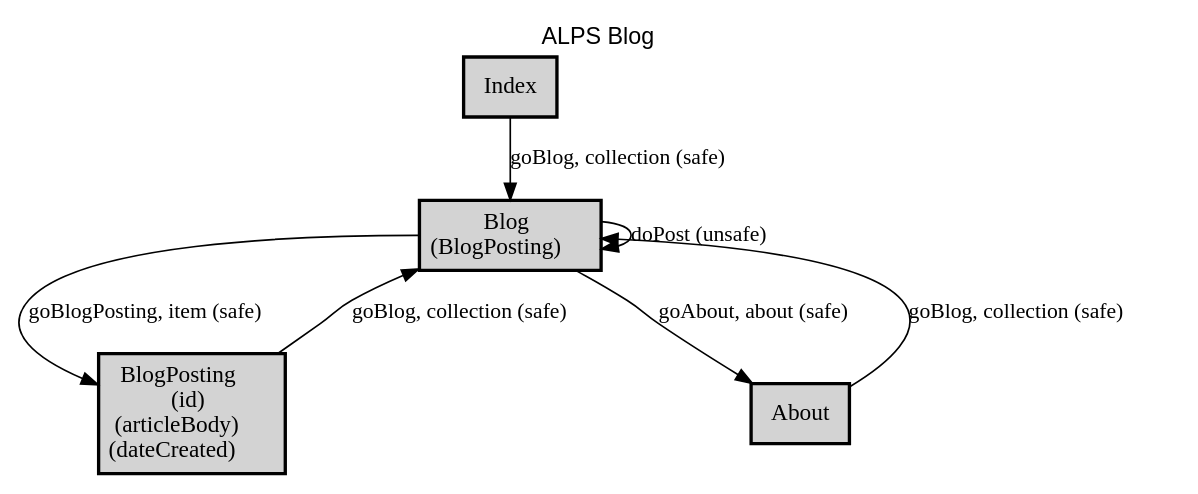
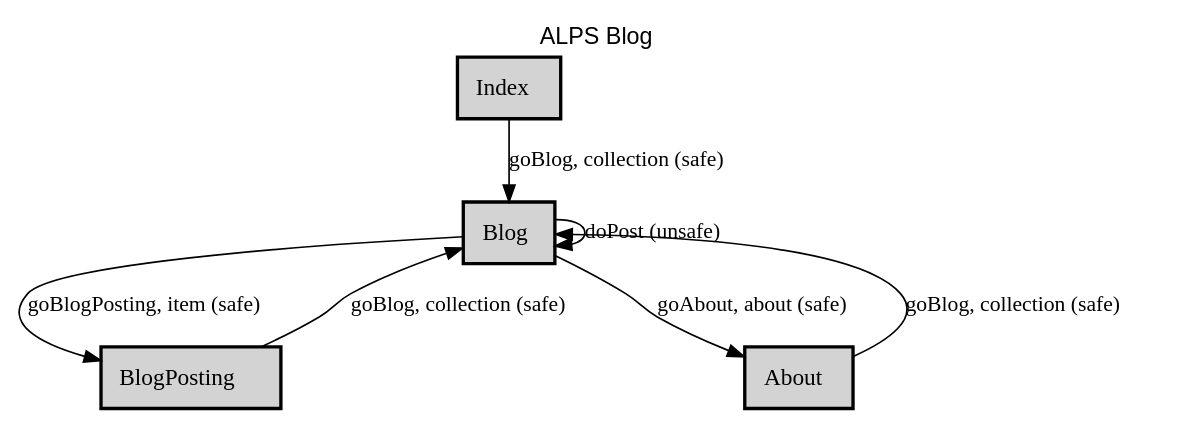
The diagram in work/profile.dot (alps-asd/app-state-diagram), drawn with Graphviz before and after one commit. The commit also changed 15 other files, not shown here.

```diff
--- a/work/profile.dot
+++ b/work/profile.dot
@@ -1,23 +1,23 @@
 digraph application_state_diagram {
   graph [
     labelloc="t";
     fontname="Helvetica"
     label="ALPS Blog";
     URL="index.html" target="_parent"
   ];
   node [shape = box, style = "bold,filled" fillcolor="lightgray"];
 
-    Blog [margin=0.02, label=<<table cellspacing="0" cellpadding="5" border="0"><tr><td>Blog<br />(BlogPosting)<br /></td></tr></table>>,shape=box URL="docs/semantic.Blog.html" target="_parent"]
-    BlogPosting [margin=0.02, label=<<table cellspacing="0" cellpadding="5" border="0"><tr><td>BlogPosting<br />(id)<br />(articleBody)<br />(dateCreated)<br /></td></tr></table>>,shape=box URL="docs/semantic.BlogPosting.html" target="_parent"]
+    Blog [margin=0.02, label=<<table cellspacing="0" cellpadding="10" border="0"><tr><td>Blog</td></tr></table>>,shape=box URL="docs/semantic.Blog.html" target="_parent"]
+    BlogPosting [margin=0.02, label=<<table cellspacing="0" cellpadding="10" border="0"><tr><td>BlogPosting</td></tr></table>>,shape=box URL="docs/semantic.BlogPosting.html" target="_parent"]
 
     About -> Blog [label = <goBlog, collection (safe)> URL="docs/safe.goBlog.html" target="_parent" fontsize=13];
     Blog -> About [label = <goAbout, about (safe)> URL="docs/safe.goAbout.html" target="_parent" fontsize=13];
     Blog -> Blog [label = <doPost (unsafe)> URL="docs/unsafe.doPost.html" target="_parent" fontsize=13];
     Blog -> BlogPosting [label = <goBlogPosting, item (safe)> URL="docs/safe.goBlogPosting.html" target="_parent" fontsize=13];
     BlogPosting -> Blog [label = <goBlog, collection (safe)> URL="docs/safe.goBlog.html" target="_parent" fontsize=13];
     Index -> Blog [label = <goBlog, collection (safe)> URL="docs/safe.goBlog.html" target="_parent" fontsize=13];
 
-    About [label = <About> URL="docs/semantic.About.html" target="_parent"]
-    Index [label = <Index> URL="docs/semantic.Index.html" target="_parent"]
+    About [margin=0.02, label=<<table cellspacing="0" cellpadding="10" border="0"><tr><td>About</td></tr></table>>, shape=box, URL="docs/semantic.About.html" target="_parent"]
+    Index [margin=0.02, label=<<table cellspacing="0" cellpadding="10" border="0"><tr><td>Index</td></tr></table>>, shape=box, URL="docs/semantic.Index.html" target="_parent"]
 
 }
```
